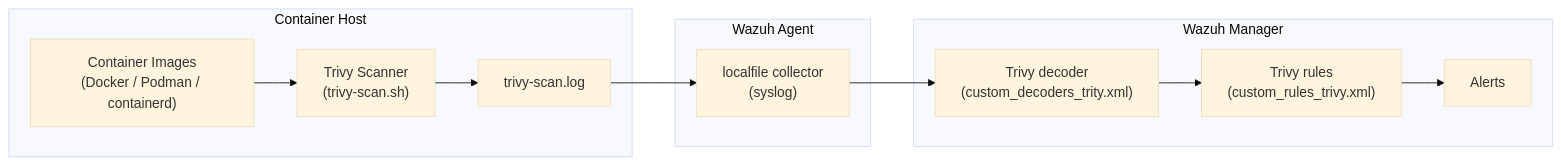
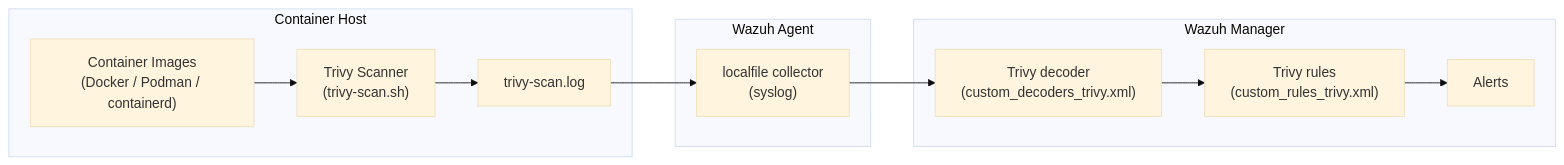
Before and after one commit to ADORSYS-GIS/wazuh-trivy: the diagram in docs/architecture/overview.md, drawn with Mermaid (base theme). The commit also changed other lines of this file and 4 other files, not shown here.

````diff
--- a/docs/architecture/overview.md
+++ b/docs/architecture/overview.md
@@ -11,23 +11,23 @@
 ```mermaid
 flowchart LR
     subgraph Host["Container Host"]
         IMG["Container Images<br/>(Docker / Podman / containerd)"]
         TRIVY["Trivy Scanner<br/>(trivy-scan.sh)"]
         LOG["trivy-scan.log"]
     end
     subgraph Agent["Wazuh Agent"]
         LOCALFILE["localfile collector<br/>(syslog)"]
     end
     subgraph Manager["Wazuh Manager"]
-        DECODER["Trivy decoder<br/>(custom_decoders_trity.xml)"]
+        DECODER["Trivy decoder<br/>(custom_decoders_trivy.xml)"]
         RULES["Trivy rules<br/>(custom_rules_trivy.xml)"]
         ALERT["Alerts"]
     end
 
     IMG --> TRIVY
     TRIVY --> LOG
     LOG --> LOCALFILE
     LOCALFILE --> DECODER
     DECODER --> RULES
     RULES --> ALERT
 ```
````
